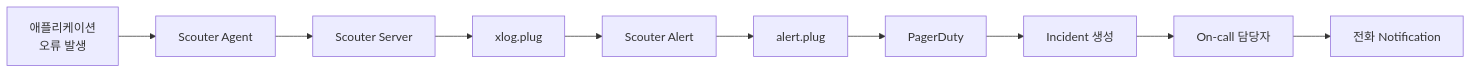
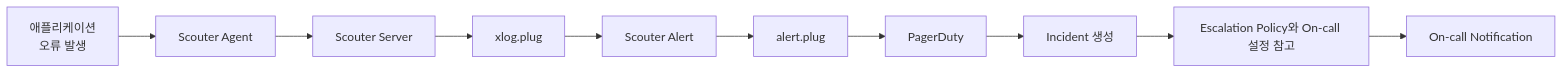
One commit to sanghoon-lee/sanghoon-lee.github.io changed the second of 3 diagrams in _posts/2026-09-27-pagerduty7.md. Above: the diagram before and after it, drawn with Mermaid. The commit also changed other lines of this file and 2 other files, not shown here.

````diff
--- a/_posts/2026-09-27-pagerduty7.md
+++ b/_posts/2026-09-27-pagerduty7.md
@@ -56,21 +54,21 @@
 ```mermaid
 flowchart LR
 
     A["애플리케이션<br/>오류 발생"] --> B["Scouter Agent"]
 
     B --> C["Scouter Server"]
 
     C --> D["xlog.plug"]
 
     D --> E["Scouter Alert"]
 
     E --> F["alert.plug"]
 
     F --> G["PagerDuty"]
 
     G --> H["Incident 생성"]
 
-    H --> I["On-call 담당자"]
+    H --> I["Escalation Policy와 On-call 설정 참고"]
 
-    I --> J["전화 Notification"]
+    I --> J["On-call Notification"]
 ```
````
